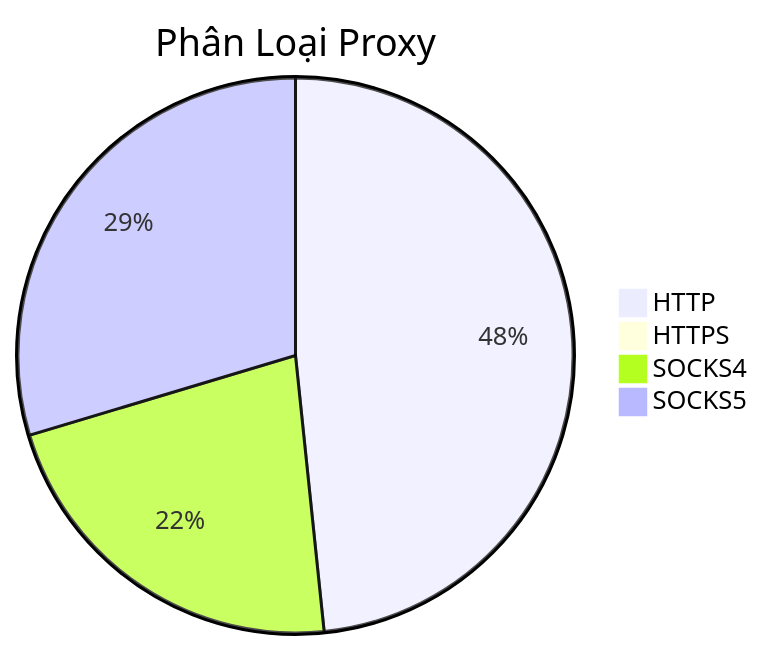
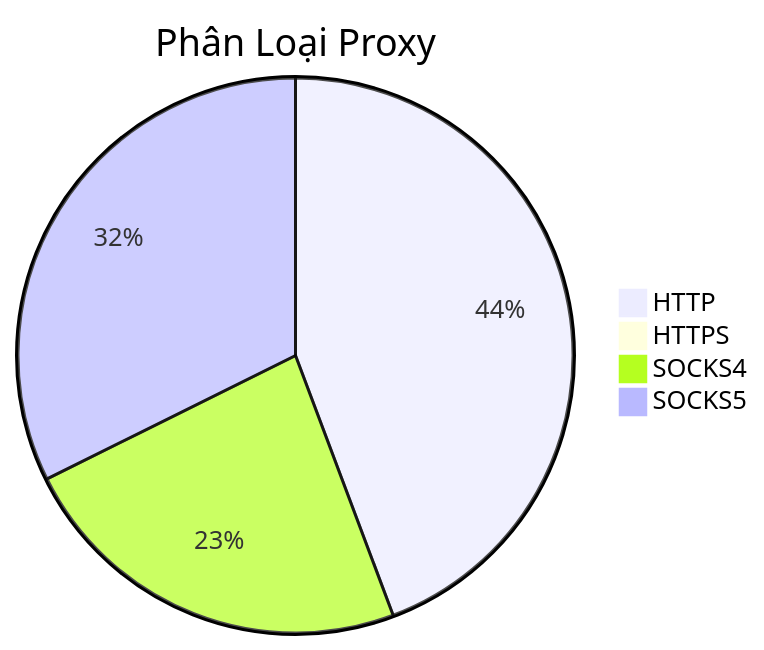
Before and after one commit to Ciara-12/PROXY-free: the diagram in README.md, drawn with Mermaid. The commit also changed other lines of this file and 4 other files, not shown here.

````diff
--- a/README.md
+++ b/README.md
@@ -26,7 +26,7 @@
 ```mermaid
 pie title Phân Loại Proxy
-    "HTTP" : 514
+    "HTTP" : 445
     "HTTPS" : 7
-    "SOCKS4" : 234
-    "SOCKS5" : 315
+    "SOCKS4" : 235
+    "SOCKS5" : 325
 ```
````
